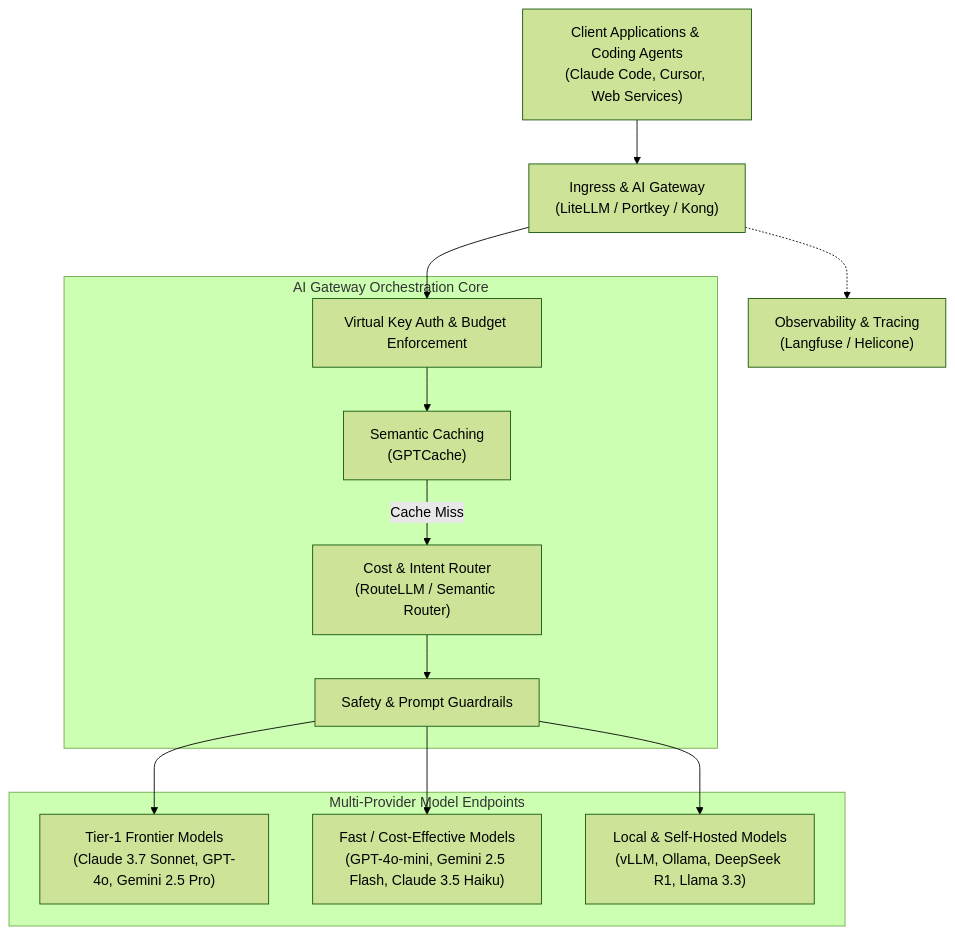
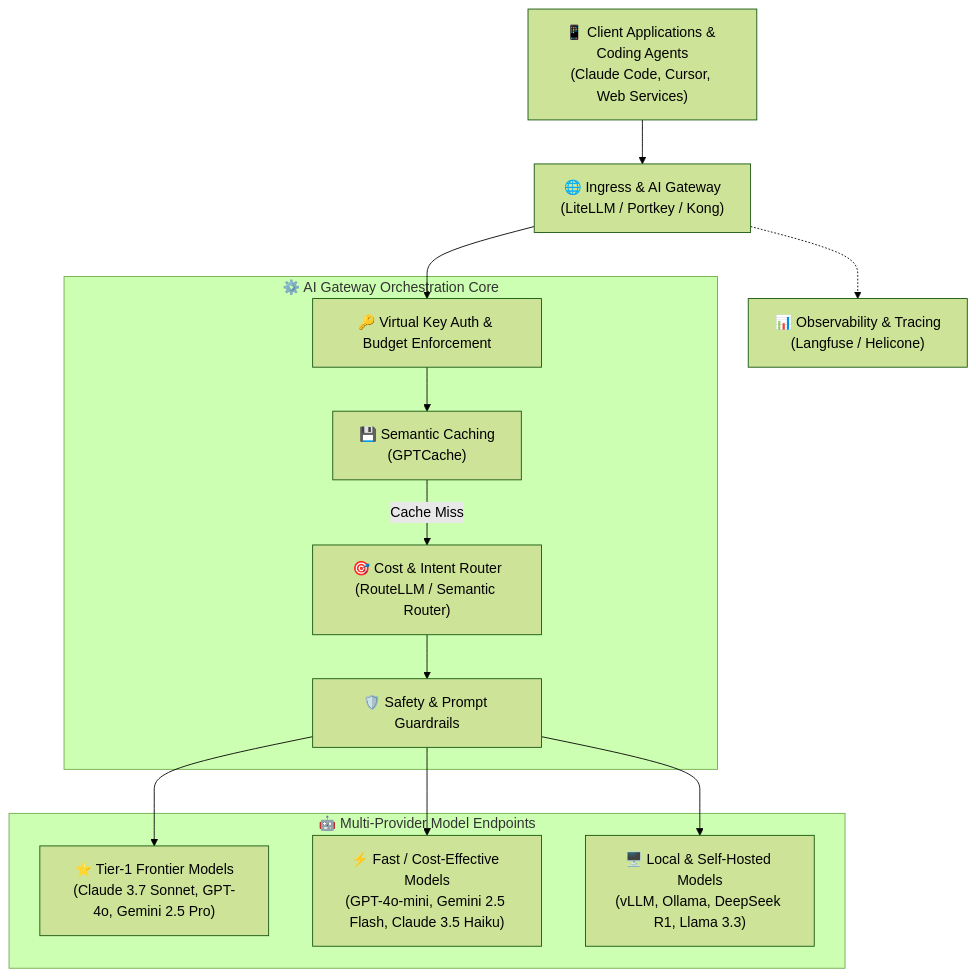
One commit to ishandutta2007/Awesome-AI-Gateway-Routing changed the diagram in README.md. Above: the diagram before and after it, drawn with Mermaid (forest theme). The commit also changed other lines of this file and 1 other file, not shown here.

````diff
--- a/README.md
+++ b/README.md
@@ -158,28 +173,28 @@
 ```mermaid
 flowchart TD
-    Client["Client Applications & Coding Agents<br>(Claude Code, Cursor, Web Services)"] --> Ingress["Ingress & AI Gateway<br>(LiteLLM / Portkey / Kong)"]
+    Client["📱 Client Applications & Coding Agents<br>(Claude Code, Cursor, Web Services)"] --> Ingress["🌐 Ingress & AI Gateway<br>(LiteLLM / Portkey / Kong)"]
     
-    subgraph GatewayCore ["AI Gateway Orchestration Core"]
-        Auth["Virtual Key Auth & Budget Enforcement"]
-        SemCache["Semantic Caching<br>(GPTCache)"]
-        Router["Cost & Intent Router<br>(RouteLLM / Semantic Router)"]
-        Guard["Safety & Prompt Guardrails"]
+    subgraph GatewayCore ["⚙️ AI Gateway Orchestration Core"]
+        Auth["🔑 Virtual Key Auth & Budget Enforcement"]
+        SemCache["💾 Semantic Caching<br>(GPTCache)"]
+        Router["🎯 Cost & Intent Router<br>(RouteLLM / Semantic Router)"]
+        Guard["🛡️ Safety & Prompt Guardrails"]
     end
     
     Ingress --> Auth
     Auth --> SemCache
     SemCache -- Cache Miss --> Router
     Router --> Guard
     
-    subgraph ModelPool ["Multi-Provider Model Endpoints"]
-        M1["Tier-1 Frontier Models<br>(Claude 3.7 Sonnet, GPT-4o, Gemini 2.5 Pro)"]
-        M2["Fast / Cost-Effective Models<br>(GPT-4o-mini, Gemini 2.5 Flash, Claude 3.5 Haiku)"]
-        M3["Local & Self-Hosted Models<br>(vLLM, Ollama, DeepSeek R1, Llama 3.3)"]
+    subgraph ModelPool ["🤖 Multi-Provider Model Endpoints"]
+        M1["⭐ Tier-1 Frontier Models<br>(Claude 3.7 Sonnet, GPT-4o, Gemini 2.5 Pro)"]
+        M2["⚡ Fast / Cost-Effective Models<br>(GPT-4o-mini, Gemini 2.5 Flash, Claude 3.5 Haiku)"]
+        M3["🖥️ Local & Self-Hosted Models<br>(vLLM, Ollama, DeepSeek R1, Llama 3.3)"]
     end
     
     Guard --> M1
     Guard --> M2
     Guard --> M3
     
-    Ingress -.-> Observability["Observability & Tracing<br>(Langfuse / Helicone)"]
+    Ingress -.-> Observability["📊 Observability & Tracing<br>(Langfuse / Helicone)"]
 ```
````
